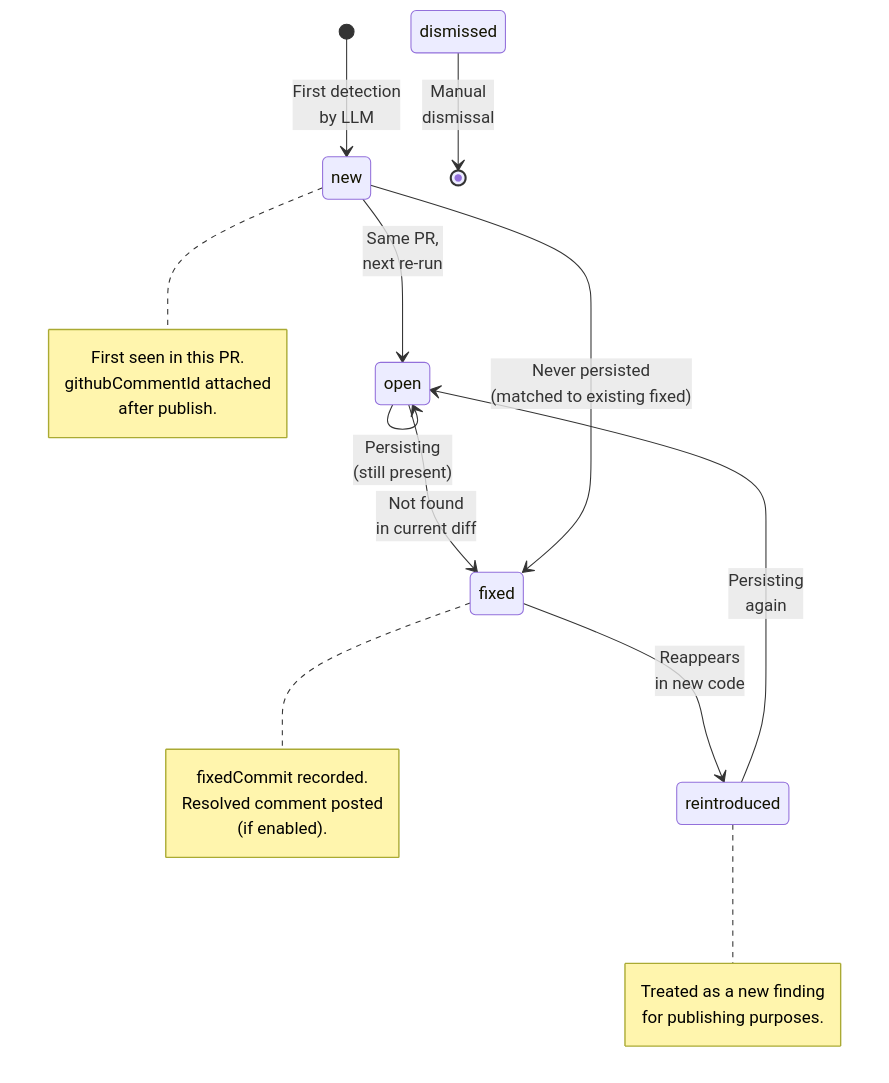
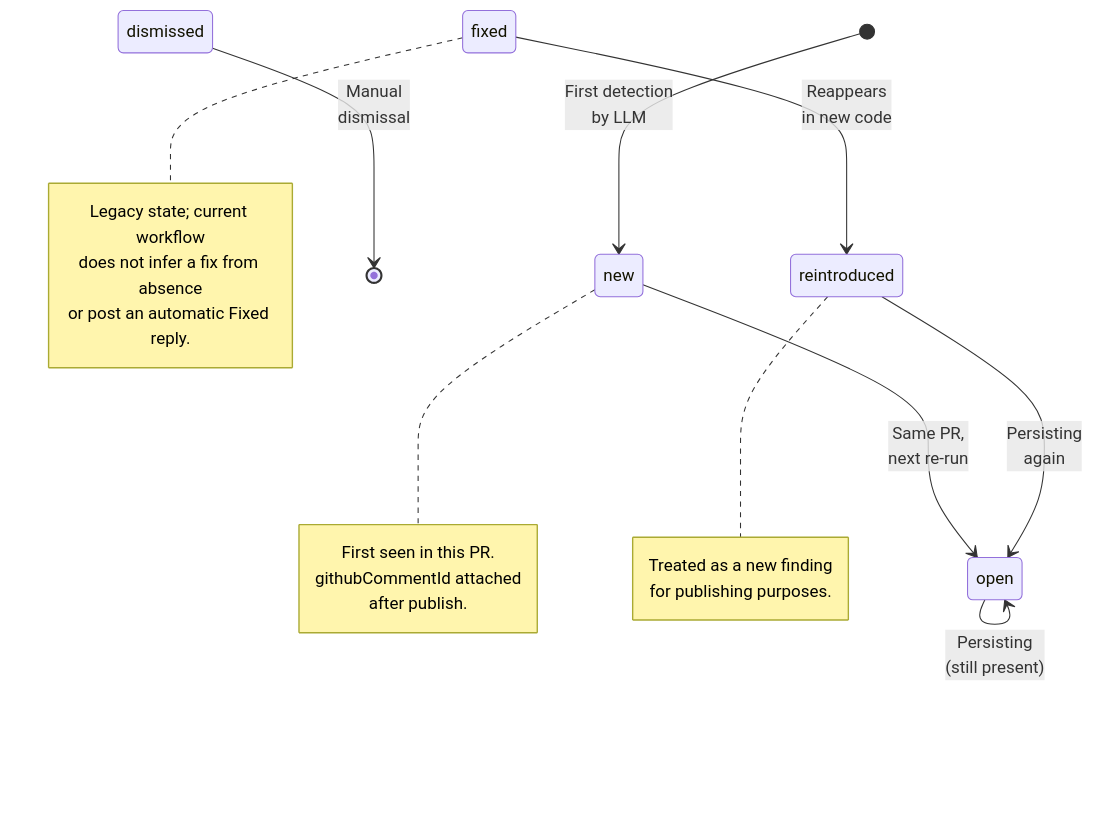
Before and after one commit to mauroziux/donmerge: the fourth of 7 diagrams in docs/ARCHITECTURE.md, drawn with Mermaid. The commit also changed other lines of this file and 7 other files, not shown here.

````diff
--- a/docs/ARCHITECTURE.md
+++ b/docs/ARCHITECTURE.md
@@ -279,35 +279,31 @@
 ```mermaid
 stateDiagram-v2
     [*] --> new: First detection<br/>by LLM
 
     new --> open: Same PR,<br/>next re-run
 
     open --> open: Persisting<br/>(still present)
 
-    open --> fixed: Not found<br/>in current diff
-
     fixed --> reintroduced: Reappears<br/>in new code
 
     reintroduced --> open: Persisting<br/>again
-
-    new --> fixed: Never persisted<br/>(matched to existing fixed)
 
     dismissed --> [*]: Manual<br/>dismissal
 
     note right of new
         First seen in this PR.
         githubCommentId attached
         after publish.
     end note
 
     note right of fixed
-        fixedCommit recorded.
-        Resolved comment posted
-        (if enabled).
+        Legacy state; current workflow
+        does not infer a fix from absence
+        or post an automatic Fixed reply.
     end note
 
     note right of reintroduced
         Treated as a new finding
         for publishing purposes.
     end note
 ```
````
